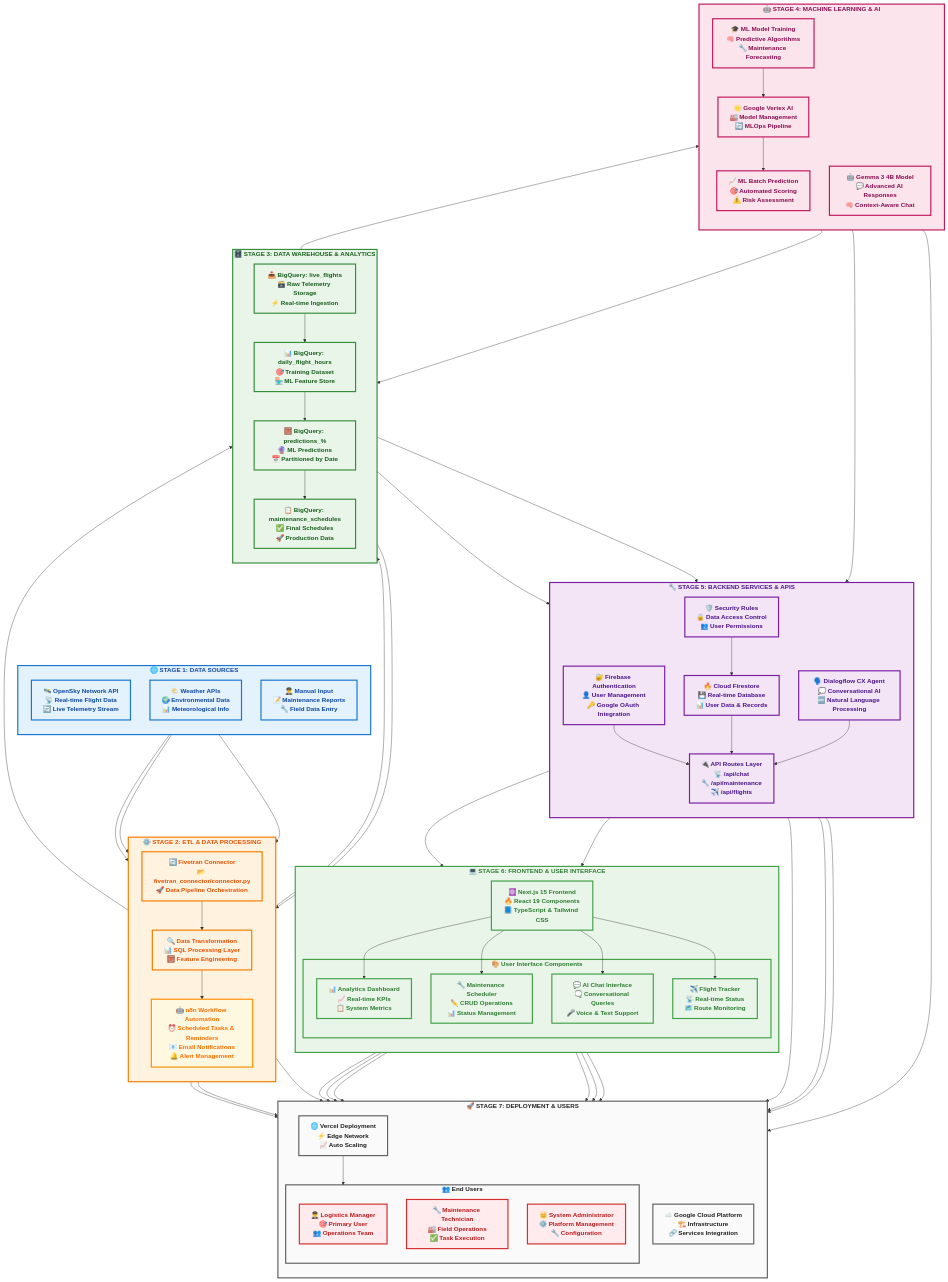
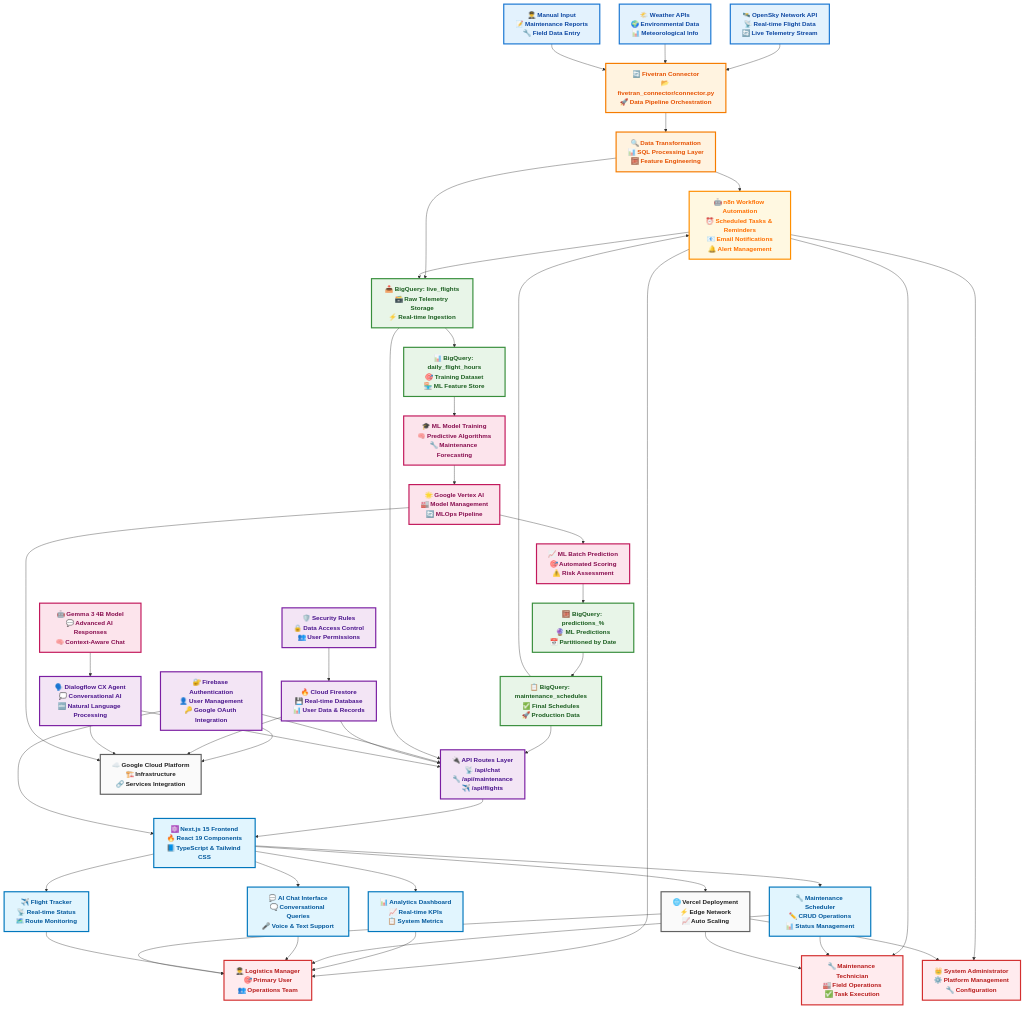
The first of 9 diagrams in README.md (Hetpatel01021111/MTC_AeroTrackAI), drawn with Mermaid before and after one commit. The commit also changed other lines of this file, not shown here.

First paragraph of the commit message:
🎯 Perfect Architecture: Complete + Individual Components
✨ Architecture Restructure:
- Single unified complete system architecture diagram
- Individual detailed diagrams for each of the 7 layers
- Perfect alignment and color coordination
- Clear data flow and component relationships

````diff
--- a/README.md
+++ b/README.md
@@ -20,145 +20,96 @@
 ```mermaid
 %% ===============================================
 %% AeroTrack AI - Complete System Architecture
-%% Perfectly Aligned with Stage Separation
+%% Single Unified View of All Components
 %% ===============================================
 graph TB
-    %% ===== STAGE 1: DATA SOURCES =====
-    subgraph DS ["🌐 STAGE 1: DATA SOURCES"]
-        direction TB
-        API["🛰️ OpenSky Network API<br/>📡 Real-time Flight Data<br/>🔄 Live Telemetry Stream"]
-        WEATHER["🌤️ Weather APIs<br/>🌍 Environmental Data<br/>📊 Meteorological Info"]
-        MANUAL["👨‍✈️ Manual Input<br/>📝 Maintenance Reports<br/>🔧 Field Data Entry"]
-    end
+    %% ===== DATA SOURCES =====
+    API["🛰️ OpenSky Network API<br/>📡 Real-time Flight Data<br/>🔄 Live Telemetry Stream"]
+    WEATHER["🌤️ Weather APIs<br/>🌍 Environmental Data<br/>📊 Meteorological Info"]
+    MANUAL["👨‍✈️ Manual Input<br/>📝 Maintenance Reports<br/>🔧 Field Data Entry"]
     
-    %% ===== STAGE 2: ETL & PROCESSING =====
-    subgraph ETL ["⚙️ STAGE 2: ETL & DATA PROCESSING"]
-        direction TB
-        FVT["🔄 Fivetran Connector<br/>📂 fivetran_connector/connector.py<br/>🚀 Data Pipeline Orchestration"]
-        TRANSFORM["🔍 Data Transformation<br/>📊 SQL Processing Layer<br/>🧮 Feature Engineering"]
-        N8N["🤖 n8n Workflow Automation<br/>⏰ Scheduled Tasks & Reminders<br/>📧 Email Notifications<br/>🔔 Alert Management"]
-    end
+    %% ===== ETL & PROCESSING =====
+    FVT["🔄 Fivetran Connector<br/>📂 fivetran_connector/connector.py<br/>🚀 Data Pipeline Orchestration"]
+    TRANSFORM["🔍 Data Transformation<br/>📊 SQL Processing Layer<br/>🧮 Feature Engineering"]
+    N8N["🤖 n8n Workflow Automation<br/>⏰ Scheduled Tasks & Reminders<br/>📧 Email Notifications<br/>🔔 Alert Management"]
     
-    %% ===== STAGE 3: DATA WAREHOUSE =====
-    subgraph DW ["🗄️ STAGE 3: DATA WAREHOUSE & ANALYTICS"]
-        direction TB
-        BQ_RAW["📥 BigQuery: live_flights<br/>🗃️ Raw Telemetry Storage<br/>⚡ Real-time Ingestion"]
-        BQ_TRAIN["📊 BigQuery: daily_flight_hours<br/>🎯 Training Dataset<br/>🏪 ML Feature Store"]
-        BQ_PRED["🧮 BigQuery: predictions_%<br/>🔮 ML Predictions<br/>📅 Partitioned by Date"]
-        BQ_FINAL["📋 BigQuery: maintenance_schedules<br/>✅ Final Schedules<br/>🚀 Production Data"]
-    end
+    %% ===== DATA WAREHOUSE =====
+    BQ_RAW["📥 BigQuery: live_flights<br/>🗃️ Raw Telemetry Storage<br/>⚡ Real-time Ingestion"]
+    BQ_TRAIN["📊 BigQuery: daily_flight_hours<br/>🎯 Training Dataset<br/>🏪 ML Feature Store"]
+    BQ_PRED["🧮 BigQuery: predictions_%<br/>🔮 ML Predictions<br/>📅 Partitioned by Date"]
+    BQ_FINAL["📋 BigQuery: maintenance_schedules<br/>✅ Final Schedules<br/>🚀 Production Data"]
     
-    %% ===== STAGE 4: MACHINE LEARNING =====
-    subgraph ML ["🤖 STAGE 4: MACHINE LEARNING & AI"]
-        direction TB
-        ML_TRAIN["🎓 ML Model Training<br/>🧠 Predictive Algorithms<br/>🔧 Maintenance Forecasting"]
-        VERTEX["🌟 Google Vertex AI<br/>🏭 Model Management<br/>🔄 MLOps Pipeline"]
-        ML_PRED["📈 ML Batch Prediction<br/>🎯 Automated Scoring<br/>⚠️ Risk Assessment"]
-        GEMMA["🤖 Gemma 3 4B Model<br/>💬 Advanced AI Responses<br/>🧠 Context-Aware Chat"]
-    end
+    %% ===== MACHINE LEARNING =====
+    ML_TRAIN["🎓 ML Model Training<br/>🧠 Predictive Algorithms<br/>🔧 Maintenance Forecasting"]
+    VERTEX["🌟 Google Vertex AI<br/>🏭 Model Management<br/>🔄 MLOps Pipeline"]
+    ML_PRED["📈 ML Batch Prediction<br/>🎯 Automated Scoring<br/>⚠️ Risk Assessment"]
+    GEMMA["🤖 Gemma 3 4B Model<br/>💬 Advanced AI Responses<br/>🧠 Context-Aware Chat"]
     
-    %% ===== STAGE 5: BACKEND SERVICES =====
-    subgraph BE ["🔧 STAGE 5: BACKEND SERVICES & APIS"]
-        direction TB
-        FIREBASE_AUTH["🔐 Firebase Authentication<br/>👤 User Management<br/>🔑 Google OAuth Integration"]
-        FIRESTORE["🔥 Cloud Firestore<br/>💾 Real-time Database<br/>📊 User Data & Records"]
-        FIREBASE_RULES["🛡️ Security Rules<br/>🔒 Data Access Control<br/>👥 User Permissions"]
-        DIALOGFLOW["🗣️ Dialogflow CX Agent<br/>💭 Conversational AI<br/>🔤 Natural Language Processing"]
-        API_ROUTES["🔌 API Routes Layer<br/>📡 /api/chat<br/>🔧 /api/maintenance<br/>✈️ /api/flights"]
-    end
+    %% ===== BACKEND SERVICES =====
+    FIREBASE_AUTH["🔐 Firebase Authentication<br/>👤 User Management<br/>🔑 Google OAuth Integration"]
+    FIRESTORE["🔥 Cloud Firestore<br/>💾 Real-time Database<br/>📊 User Data & Records"]
+    FIREBASE_RULES["🛡️ Security Rules<br/>🔒 Data Access Control<br/>👥 User Permissions"]
+    DIALOGFLOW["🗣️ Dialogflow CX Agent<br/>💭 Conversational AI<br/>🔤 Natural Language Processing"]
+    API_ROUTES["🔌 API Routes Layer<br/>📡 /api/chat<br/>🔧 /api/maintenance<br/>✈️ /api/flights"]
     
-    %% ===== STAGE 6: FRONTEND & USER INTERFACE =====
-    subgraph FE ["💻 STAGE 6: FRONTEND & USER INTERFACE"]
-        direction TB
-        NEXTJS["⚛️ Next.js 15 Frontend<br/>🔥 React 19 Components<br/>📘 TypeScript & Tailwind CSS"]
-        
-        subgraph UI ["🎨 User Interface Components"]
-            DASHBOARD["📊 Analytics Dashboard<br/>📈 Real-time KPIs<br/>📋 System Metrics"]
-            MAINTENANCE["🔧 Maintenance Scheduler<br/>✏️ CRUD Operations<br/>📊 Status Management"]
-            CHAT["💬 AI Chat Interface<br/>🗨️ Conversational Queries<br/>🎤 Voice & Text Support"]
-            FLIGHTS["✈️ Flight Tracker<br/>📡 Real-time Status<br/>🗺️ Route Monitoring"]
-        end
-    end
+    %% ===== FRONTEND =====
+    NEXTJS["⚛️ Next.js 15 Frontend<br/>🔥 React 19 Components<br/>📘 TypeScript & Tailwind CSS"]
+    DASHBOARD["📊 Analytics Dashboard<br/>📈 Real-time KPIs<br/>📋 System Metrics"]
+    MAINTENANCE["🔧 Maintenance Scheduler<br/>✏️ CRUD Operations<br/>📊 Status Management"]
+    CHAT["💬 AI Chat Interface<br/>🗨️ Conversational Queries<br/>🎤 Voice & Text Support"]
+    FLIGHTS["✈️ Flight Tracker<br/>📡 Real-time Status<br/>🗺️ Route Monitoring"]
     
-    %% ===== STAGE 7: DEPLOYMENT & USERS =====
-    subgraph DEPLOY ["🚀 STAGE 7: DEPLOYMENT & USERS"]
-        direction TB
-        VERCEL["🌐 Vercel Deployment<br/>⚡ Edge Network<br/>📈 Auto Scaling"]
-        GCP["☁️ Google Cloud Platform<br/>🏗️ Infrastructure<br/>🔗 Services Integration"]
-        
-        subgraph USERS ["👥 End Users"]
-            LOGISTICS["👨‍✈️ Logistics Manager<br/>🎯 Primary User<br/>👥 Operations Team"]
-            TECHNICIAN["🔧 Maintenance Technician<br/>🏭 Field Operations<br/>✅ Task Execution"]
-            ADMIN["👑 System Administrator<br/>⚙️ Platform Management<br/>🔧 Configuration"]
-        end
-    end
+    %% ===== DEPLOYMENT & USERS =====
+    VERCEL["🌐 Vercel Deployment<br/>⚡ Edge Network<br/>📈 Auto Scaling"]
+    GCP["☁️ Google Cloud Platform<br/>🏗️ Infrastructure<br/>🔗 Services Integration"]
+    LOGISTICS["👨‍✈️ Logistics Manager<br/>🎯 Primary User<br/>👥 Operations Team"]
+    TECHNICIAN["🔧 Maintenance Technician<br/>🏭 Field Operations<br/>✅ Task Execution"]
+    ADMIN["👑 System Administrator<br/>⚙️ Platform Management<br/>🔧 Configuration"]
     
     %% ===== DATA FLOW CONNECTIONS =====
-    %% Stage 1 to Stage 2
     API --> FVT
     WEATHER --> FVT
     MANUAL --> FVT
-    
-    %% Stage 2 Processing
     FVT --> TRANSFORM
     TRANSFORM --> N8N
-    
-    %% Stage 2 to Stage 3
     TRANSFORM --> BQ_RAW
     N8N --> BQ_RAW
-    
-    %% Stage 3 Internal Flow
     BQ_RAW --> BQ_TRAIN
-    BQ_TRAIN --> BQ_PRED
-    BQ_PRED --> BQ_FINAL
-    
-    %% Stage 3 to Stage 4
     BQ_TRAIN --> ML_TRAIN
     ML_TRAIN --> VERTEX
     VERTEX --> ML_PRED
     ML_PRED --> BQ_PRED
-    
-    %% Stage 4 to Stage 5
-    GEMMA --> DIALOGFLOW
+    BQ_PRED --> BQ_FINAL
     BQ_FINAL --> API_ROUTES
     BQ_RAW --> API_ROUTES
-    
-    %% Stage 5 Internal
+    GEMMA --> DIALOGFLOW
     FIREBASE_AUTH --> API_ROUTES
     FIRESTORE --> API_ROUTES
     FIREBASE_RULES --> FIRESTORE
     DIALOGFLOW --> API_ROUTES
-    
-    %% Stage 5 to Stage 6
     API_ROUTES --> NEXTJS
     FIREBASE_AUTH --> NEXTJS
-    
-    %% Stage 6 Internal
     NEXTJS --> DASHBOARD
     NEXTJS --> MAINTENANCE
     NEXTJS --> CHAT
     NEXTJS --> FLIGHTS
-    
-    %% Stage 6 to Stage 7
     NEXTJS --> VERCEL
     FIREBASE_AUTH --> GCP
     FIRESTORE --> GCP
     DIALOGFLOW --> GCP
     VERTEX --> GCP
-    
-    %% n8n Workflow Connections
     N8N --> LOGISTICS
     N8N --> TECHNICIAN
     N8N --> ADMIN
     BQ_FINAL --> N8N
-    
-    %% User Interactions
     DASHBOARD --> LOGISTICS
     MAINTENANCE --> LOGISTICS
     MAINTENANCE --> TECHNICIAN
     CHAT --> LOGISTICS
     FLIGHTS --> LOGISTICS
-    VERCEL --> USERS
+    VERCEL --> LOGISTICS
+    VERCEL --> TECHNICIAN
+    VERCEL --> ADMIN
     
     %% ===== STYLING WITH PERFECT COLORS =====
     classDef dataSource fill:#E3F2FD,stroke:#1976D2,stroke-width:3px,color:#0D47A1,font-weight:bold
@@ -166,28 +117,19 @@
     classDef warehouse fill:#E8F5E8,stroke:#388E3C,stroke-width:3px,color:#1B5E20,font-weight:bold
     classDef ml fill:#FCE4EC,stroke:#C2185B,stroke-width:3px,color:#880E4F,font-weight:bold
     classDef backend fill:#F3E5F5,stroke:#7B1FA2,stroke-width:3px,color:#4A148C,font-weight:bold
-    classDef frontend fill:#E8F5E8,stroke:#43A047,stroke-width:3px,color:#2E7D32,font-weight:bold
+    classDef frontend fill:#E1F5FE,stroke:#0277BD,stroke-width:3px,color:#01579B,font-weight:bold
     classDef deployment fill:#FAFAFA,stroke:#616161,stroke-width:3px,color:#212121,font-weight:bold
     classDef automation fill:#FFF8E1,stroke:#FF8F00,stroke-width:3px,color:#FF6F00,font-weight:bold
     classDef user fill:#FFEBEE,stroke:#D32F2F,stroke-width:3px,color:#B71C1C,font-weight:bold
     
-    %% Apply Styles to Stages
-    class DS dataSource
-    class ETL etl
-    class DW warehouse
-    class ML ml
-    class BE backend
-    class FE frontend
-    class DEPLOY deployment
-    
-    %% Apply Styles to Individual Components
+    %% Apply Styles to Components
     class API,WEATHER,MANUAL dataSource
     class FVT,TRANSFORM etl
     class N8N automation
     class BQ_RAW,BQ_TRAIN,BQ_PRED,BQ_FINAL warehouse
     class ML_TRAIN,ML_PRED,VERTEX,GEMMA ml
     class FIREBASE_AUTH,FIRESTORE,FIREBASE_RULES,DIALOGFLOW,API_ROUTES backend
-    class NEXTJS,DASHBOARD,MAINTENANCE,CHAT,FLIGHTS,UI frontend
-    class VERCEL,GCP,USERS deployment
+    class NEXTJS,DASHBOARD,MAINTENANCE,CHAT,FLIGHTS frontend
+    class VERCEL,GCP deployment
     class LOGISTICS,TECHNICIAN,ADMIN user
 ```
````
